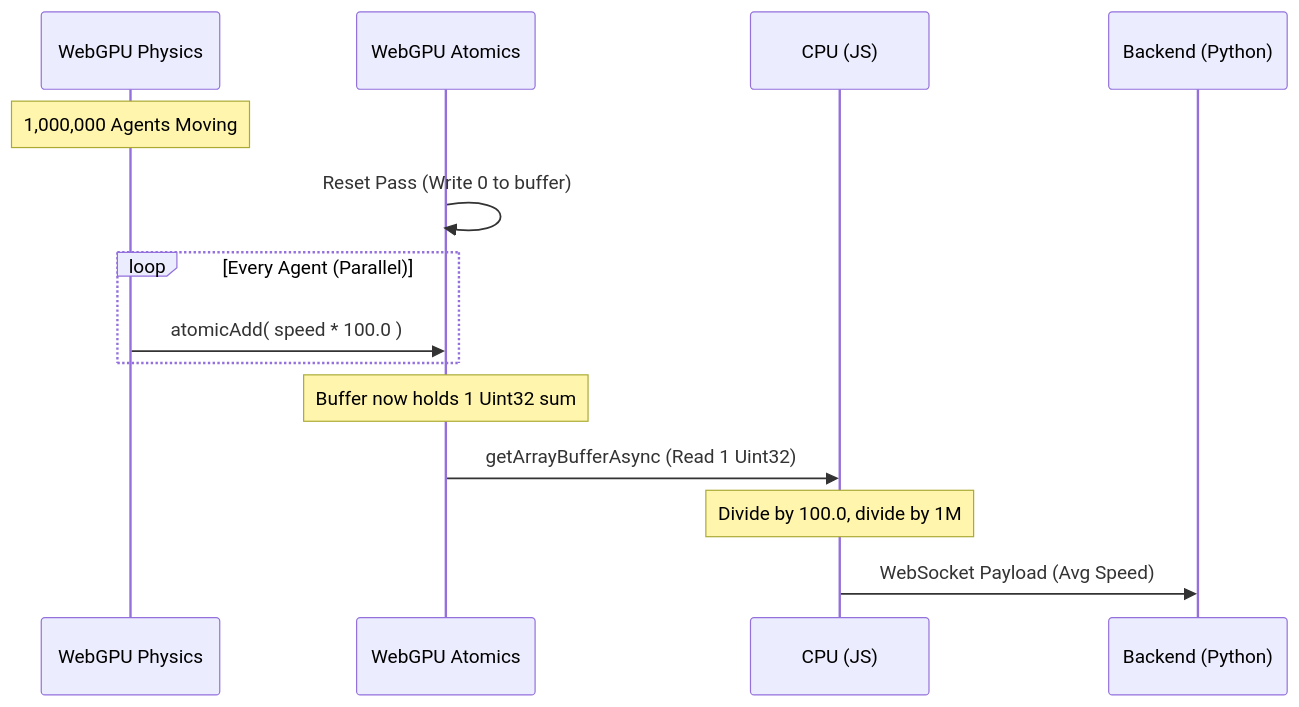
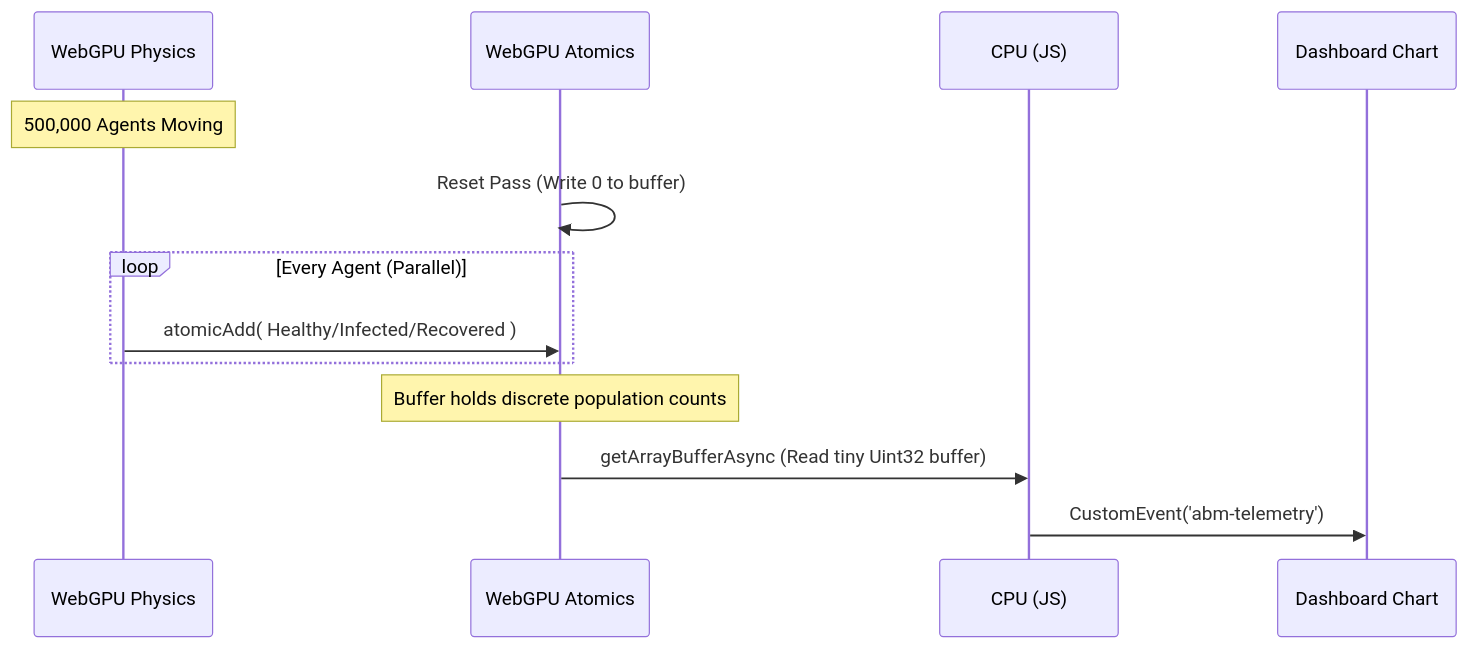
Before and after one commit to kai-erlenbusch/abm.gl: the diagram in README.md, drawn with Mermaid. The commit also changed other lines of this file and 15 other files, not shown here.

First line of the commit message:
Refactor: Overhaul to Native WebGPU Compute Architecture

````diff
--- a/README.md
+++ b/README.md
@@ -71,17 +53,16 @@
 ```mermaid
 sequenceDiagram
     participant WebGPU Physics
     participant WebGPU Atomics
     participant CPU (JS)
-    participant Backend (Python)
+    participant Dashboard Chart
     
-    Note over WebGPU Physics: 1,000,000 Agents Moving
+    Note over WebGPU Physics: 500,000 Agents Moving
     WebGPU Atomics->>WebGPU Atomics: Reset Pass (Write 0 to buffer)
     loop Every Agent (Parallel)
-        WebGPU Physics->>WebGPU Atomics: atomicAdd( speed * 100.0 )
+        WebGPU Physics->>WebGPU Atomics: atomicAdd( Healthy/Infected/Recovered )
     end
-    Note over WebGPU Atomics: Buffer now holds 1 Uint32 sum
-    WebGPU Atomics->>CPU (JS): getArrayBufferAsync (Read 1 Uint32)
-    Note over CPU (JS): Divide by 100.0, divide by 1M
-    CPU (JS)->>Backend (Python): WebSocket Payload (Avg Speed)
+    Note over WebGPU Atomics: Buffer holds discrete population counts
+    WebGPU Atomics->>CPU (JS): getArrayBufferAsync (Read tiny Uint32 buffer)
+    CPU (JS)->>Dashboard Chart: CustomEvent('abm-telemetry')
 ```
````
